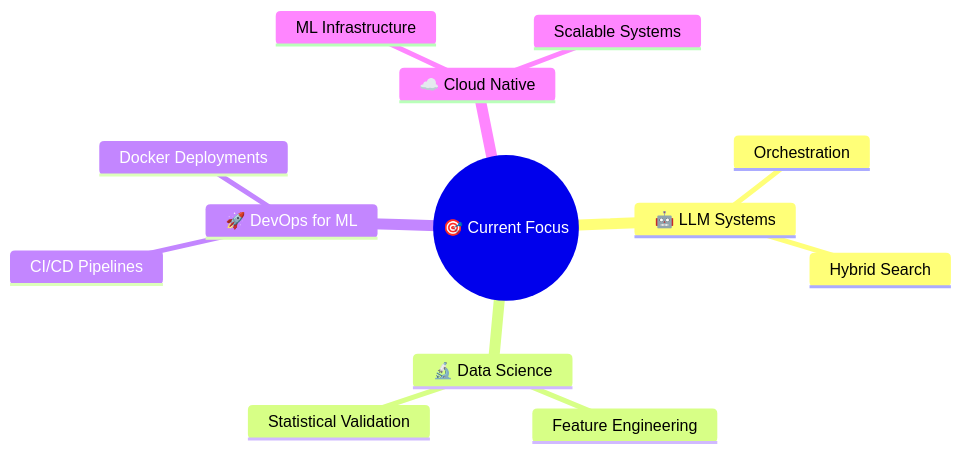
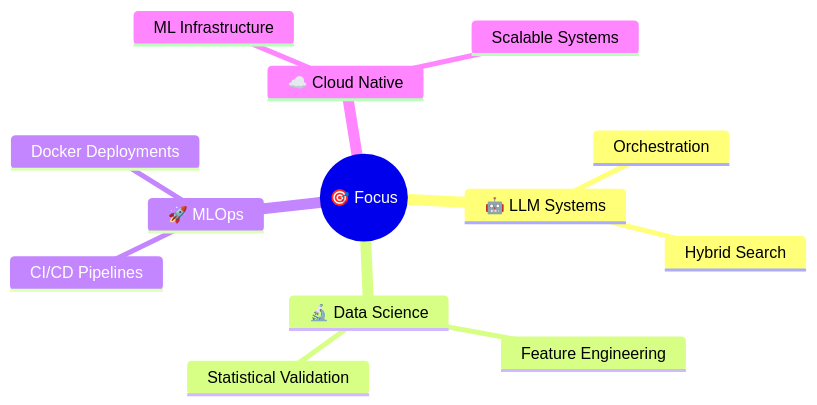
Before and after one commit to aaadityasngh/aaadityasngh: the diagram in README.md, drawn with Mermaid. The commit also changed other lines of this file and 3 other files, not shown here.

````diff
--- a/README.md
+++ b/README.md
@@ -114,16 +160,16 @@
 ```mermaid
 mindmap
-  root((🎯 Current Focus))
+  root((🎯 Focus))
     🤖 LLM Systems
       Orchestration
       Hybrid Search
     🔬 Data Science
       Feature Engineering
       Statistical Validation
-    🚀 DevOps for ML
+    🚀 MLOps
       CI/CD Pipelines
       Docker Deployments
     ☁️ Cloud Native
       ML Infrastructure
       Scalable Systems
 ```
````
